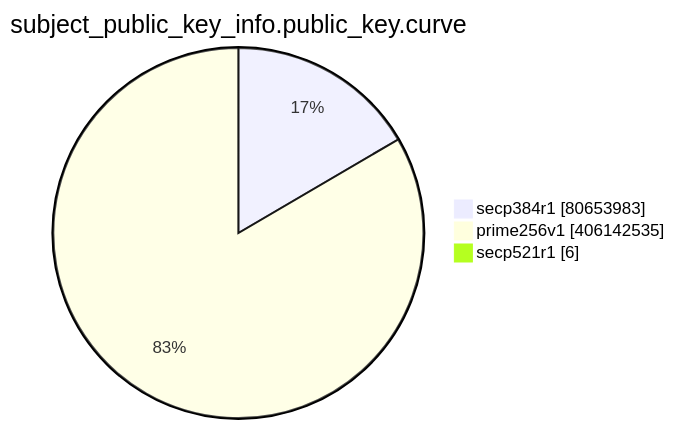
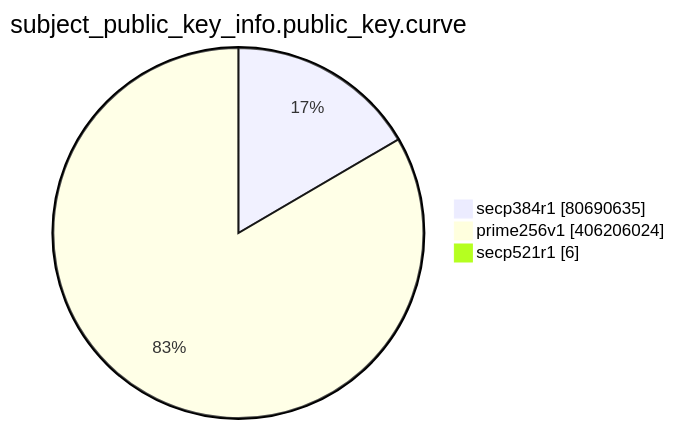
One commit to christiankrug/ctmonitor_visualization changed the eighth of 15 diagrams in TOTAL/README.md. Above: the diagram before and after it, drawn with Mermaid. The commit also changed other lines of this file, not shown here.

````diff
--- a/TOTAL/README.md
+++ b/TOTAL/README.md
@@ -3095,7 +3095,7 @@
 ```mermaid
 pie showData
 title subject_public_key_info.public_key.curve
-"secp384r1" :80653983
-"prime256v1" :406142535
+"secp384r1" :80690635
+"prime256v1" :406206024
 "secp521r1" :6
 ```
````
